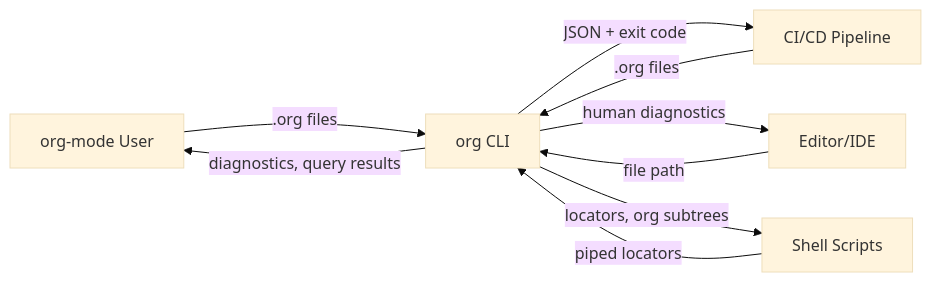
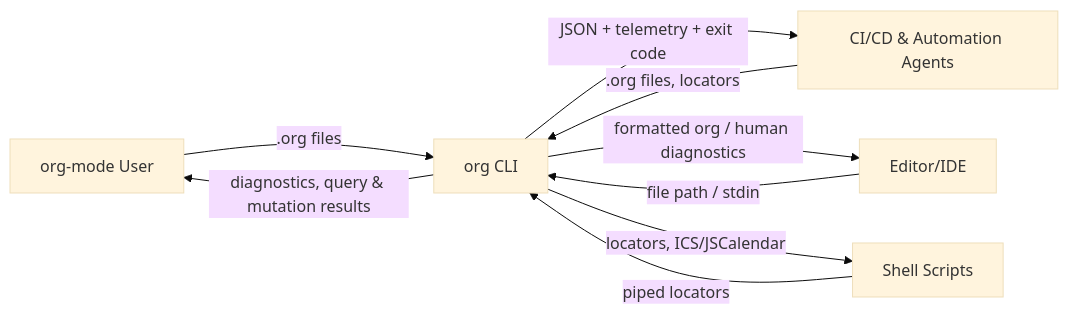
Before and after one commit to lino/org-tools: the first of 4 diagrams in docs/technical/architecture.org, drawn with Mermaid (base theme). The commit also changed other lines of this file and 37 other files, not shown here.

```diff
--- a/docs/technical/architecture.org
+++ b/docs/technical/architecture.org
@@ -68,11 +68,11 @@
 #+begin_src mermaid :file context.png
 graph LR
     User["org-mode User"] -->|".org files"| OrgTools["org CLI"]
-    OrgTools -->|"diagnostics, query results"| User
-    CI["CI/CD Pipeline"] -->|".org files"| OrgTools
-    OrgTools -->|"JSON + exit code"| CI
-    Editor["Editor/IDE"] -->|"file path"| OrgTools
-    OrgTools -->|"human diagnostics"| Editor
+    OrgTools -->|"diagnostics, query & mutation results"| User
+    CI["CI/CD & Automation Agents"] -->|".org files, locators"| OrgTools
+    OrgTools -->|"JSON + telemetry + exit code"| CI
+    Editor["Editor/IDE"] -->|"file path / stdin"| OrgTools
+    OrgTools -->|"formatted org / human diagnostics"| Editor
     Scripts["Shell Scripts"] -->|"piped locators"| OrgTools
-    OrgTools -->|"locators, org subtrees"| Scripts
+    OrgTools -->|"locators, ICS/JSCalendar"| Scripts
 #+end_src
```
